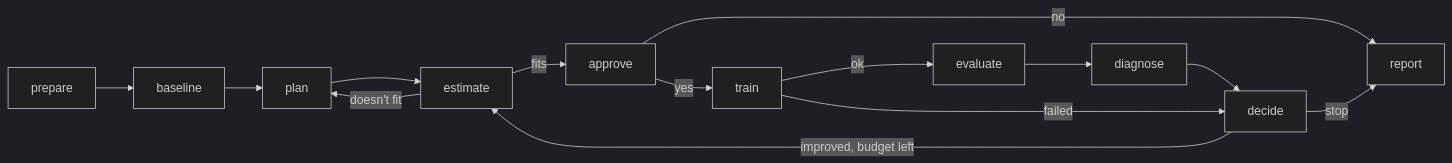
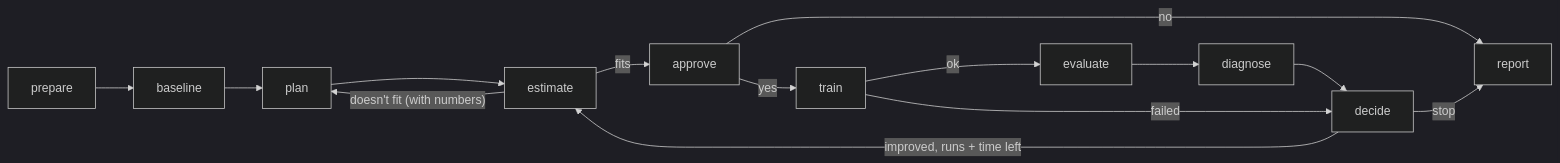
One commit to manojastro/Finetune-pilot-ai changed the second of 2 diagrams in README.md. Above: the diagram before and after it, drawn with Mermaid (dark theme). The commit also changed other lines of this file and 11 other files, not shown here.

````diff
--- a/README.md
+++ b/README.md
@@ -122,12 +73,12 @@
 ```mermaid
 flowchart LR
   prepare --> baseline --> plan --> estimate
   estimate -- fits --> approve
-  estimate -- "doesn't fit" --> plan
+  estimate -- "doesn't fit (with numbers)" --> plan
   approve -- yes --> train
   approve -- no --> report
   train -- ok --> evaluate --> diagnose --> decide
   train -- failed --> decide
-  decide -- "improved, budget left" --> estimate
+  decide -- "improved, runs + time left" --> estimate
   decide -- stop --> report
 ```
````
